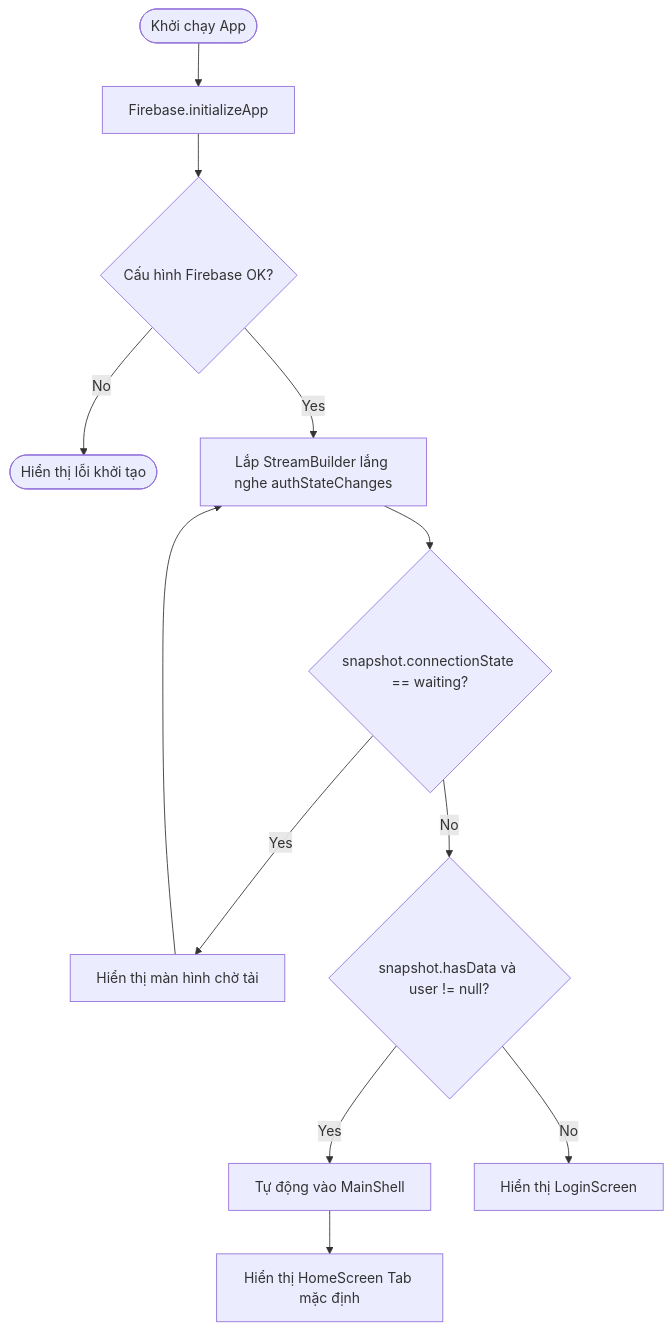
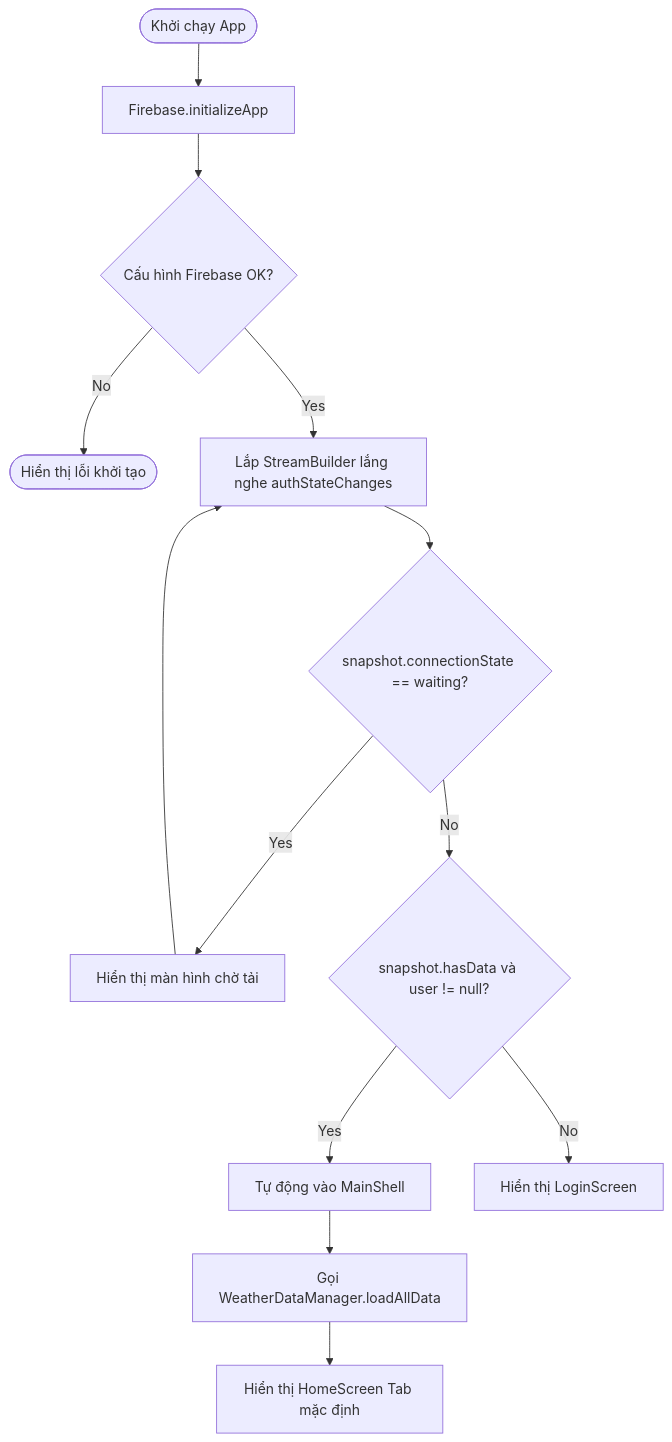
Before and after one commit to DNTt30/weatherApp_Quang_Tu_Long_1_2026: the seventh of 8 diagrams in README.md, drawn with Mermaid. The commit also changed other lines of this file and 3 other files, not shown here.

Commit message:
Update README to accurately reflect codebase architecture and diagrams

````diff
--- a/README.md
+++ b/README.md
@@ -265,14 +308,15 @@
 ```mermaid
 flowchart TD
     A([Khởi chạy App]) --> B[Firebase.initializeApp]
     B --> C{Cấu hình Firebase OK?}
     C -- No --> D([Hiển thị lỗi khởi tạo])
     C -- Yes --> E[Lắp StreamBuilder lắng nghe authStateChanges]
     E --> F{snapshot.connectionState == waiting?}
     F -- Yes --> G[Hiển thị màn hình chờ tải]
     G --> E
     F -- No --> H{snapshot.hasData và user != null?}
     H -- Yes --> I[Tự động vào MainShell]
     H -- No --> J[Hiển thị LoginScreen]
-    I --> K[Hiển thị HomeScreen Tab mặc định]
+    I --> L[Gọi WeatherDataManager.loadAllData]
+    L --> K[Hiển thị HomeScreen Tab mặc định]
 ```
````
